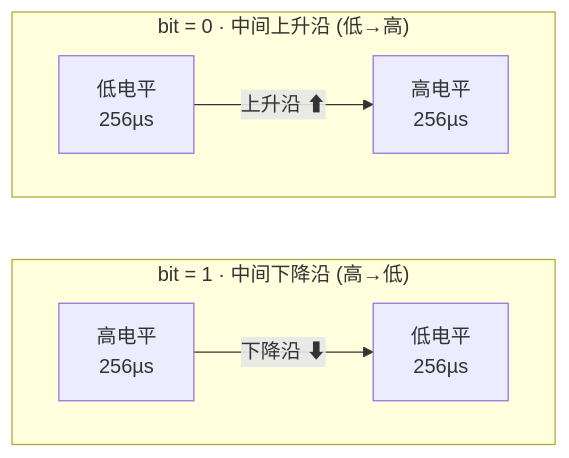
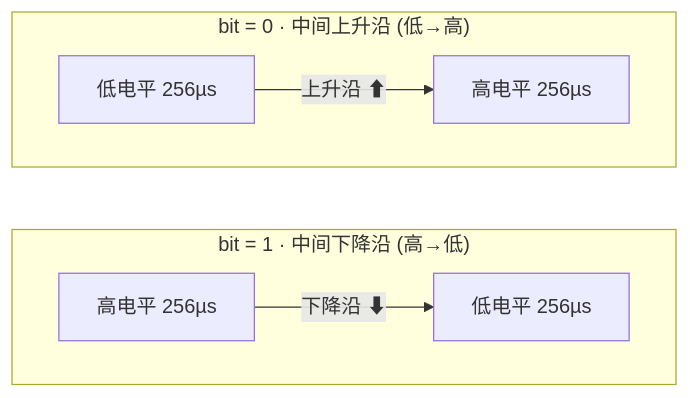
Before and after one commit to Siaiai/ObsidianNote: the second of 7 diagrams in 输出/SR3读卡器/EM4095详解.md, drawn with Mermaid. The commit also changed other lines of this file and 1 other file, not shown here.

````diff
--- a/输出/SR3读卡器/EM4095详解.md
+++ b/输出/SR3读卡器/EM4095详解.md
@@ -59,24 +40,12 @@
 ```mermaid
+flowchart LR
+    subgraph bit1["bit = 1 · 中间下降沿 (高→低)"]
+        direction LR
+        H1["高电平 256µs"] -->|"下降沿 ⬇"| L1["低电平 256µs"]
+    end
 
-flowchart LR
-
-    subgraph bit1["bit = 1 · 中间下降沿 (高→低)"]
-
-        direction LR
-
-        H1["高电平\n256µs"] -->|"下降沿 ⬇"| L1["低电平\n256µs"]
-
-    end
-
-  
-
-    subgraph bit0["bit = 0 · 中间上升沿 (低→高)"]
-
-        direction LR
-
-        L0["低电平\n256µs"] -->|"上升沿 ⬆"| H0["高电平\n256µs"]
-
-    end
-
-
+    subgraph bit0["bit = 0 · 中间上升沿 (低→高)"]
+        direction LR
+        L0["低电平 256µs"] -->|"上升沿 ⬆"| H0["高电平 256µs"]
+    end
 ```
````
